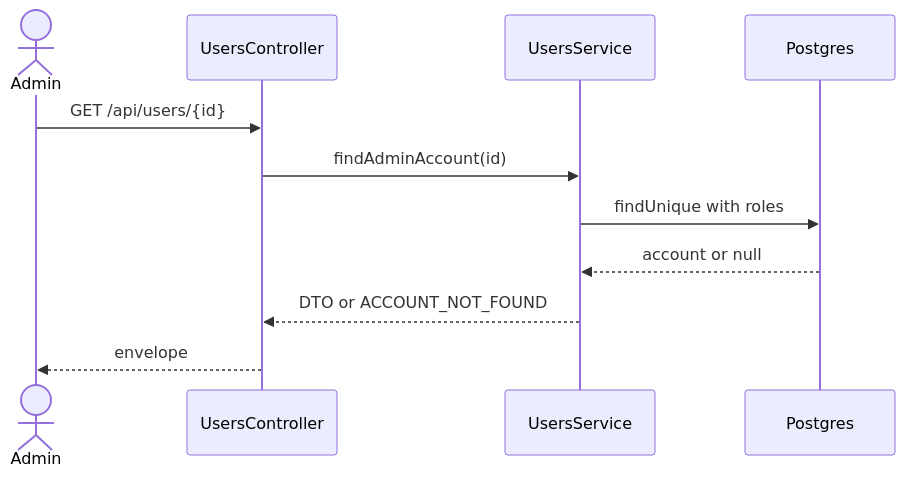
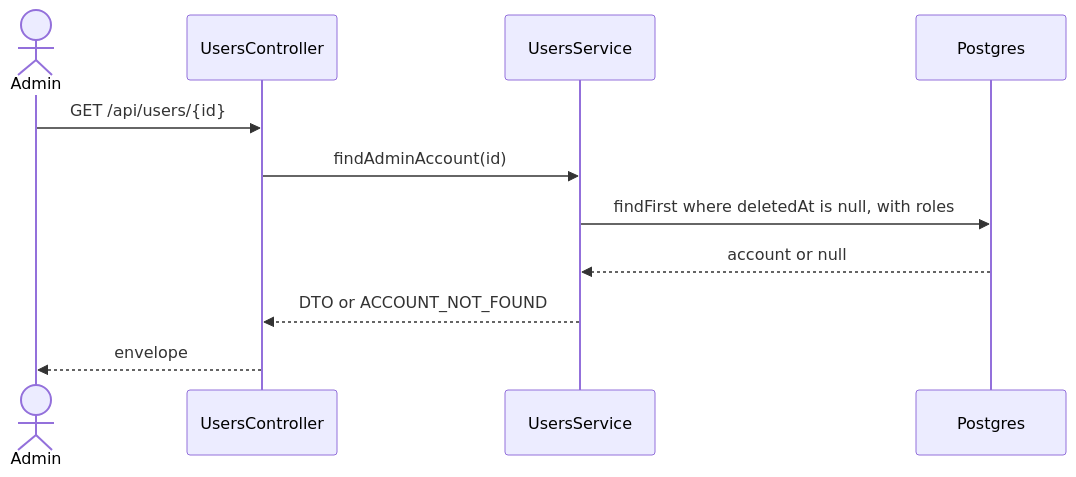
The second of 2 diagrams in specs/auth/api-design/12-get-users-detail.md (TrekLink-Team/treklink-web), drawn with Mermaid before and after one commit. The commit also changed other lines of this file and 9 other files, not shown here.

````diff
--- a/specs/auth/api-design/12-get-users-detail.md
+++ b/specs/auth/api-design/12-get-users-detail.md
@@ -89,13 +89,13 @@
 ```mermaid
 sequenceDiagram
     actor Admin
     participant Controller as UsersController
     participant Service as UsersService
     participant DB as Postgres
     Admin->>Controller: GET /api/users/{id}
     Controller->>Service: findAdminAccount(id)
-    Service->>DB: findUnique with roles
+    Service->>DB: findFirst where deletedAt is null, with roles
     DB-->>Service: account or null
     Service-->>Controller: DTO or ACCOUNT_NOT_FOUND
     Controller-->>Admin: envelope
 ```
````
